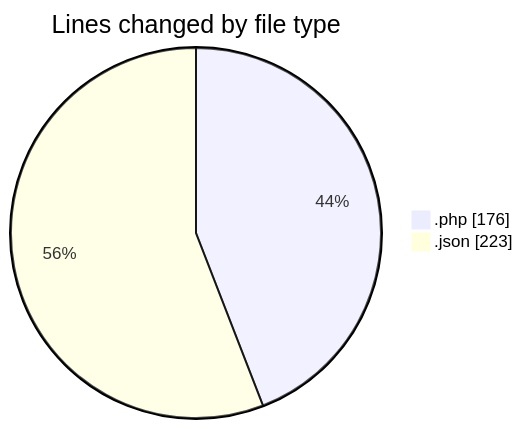
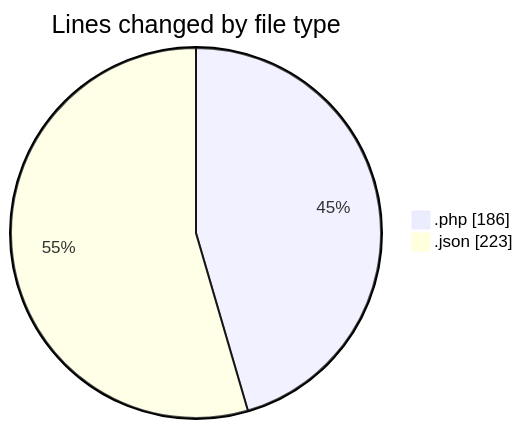
Before and after one commit to idhammustaqopulfikri/code-tracking: the first of 2 diagrams in 2025-03-27/autodidak/README.md, drawn with Mermaid. The commit also changed other lines of this file and 1 other file, not shown here.

````diff
--- a/2025-03-27/autodidak/README.md
+++ b/2025-03-27/autodidak/README.md
@@ -23,6 +23,6 @@
 ```mermaid
 pie showData
 title Lines changed by file type
-".php" : 176
+".php" : 186
 ".json" : 223
 ```
````
